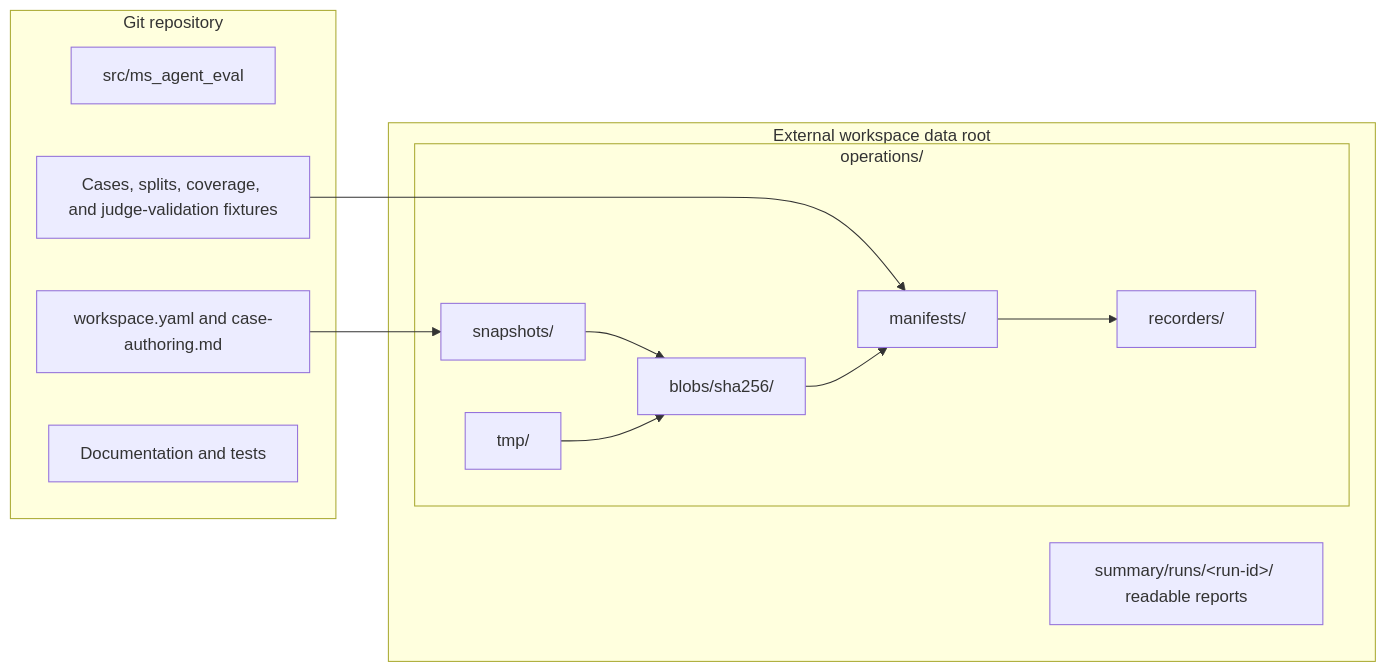
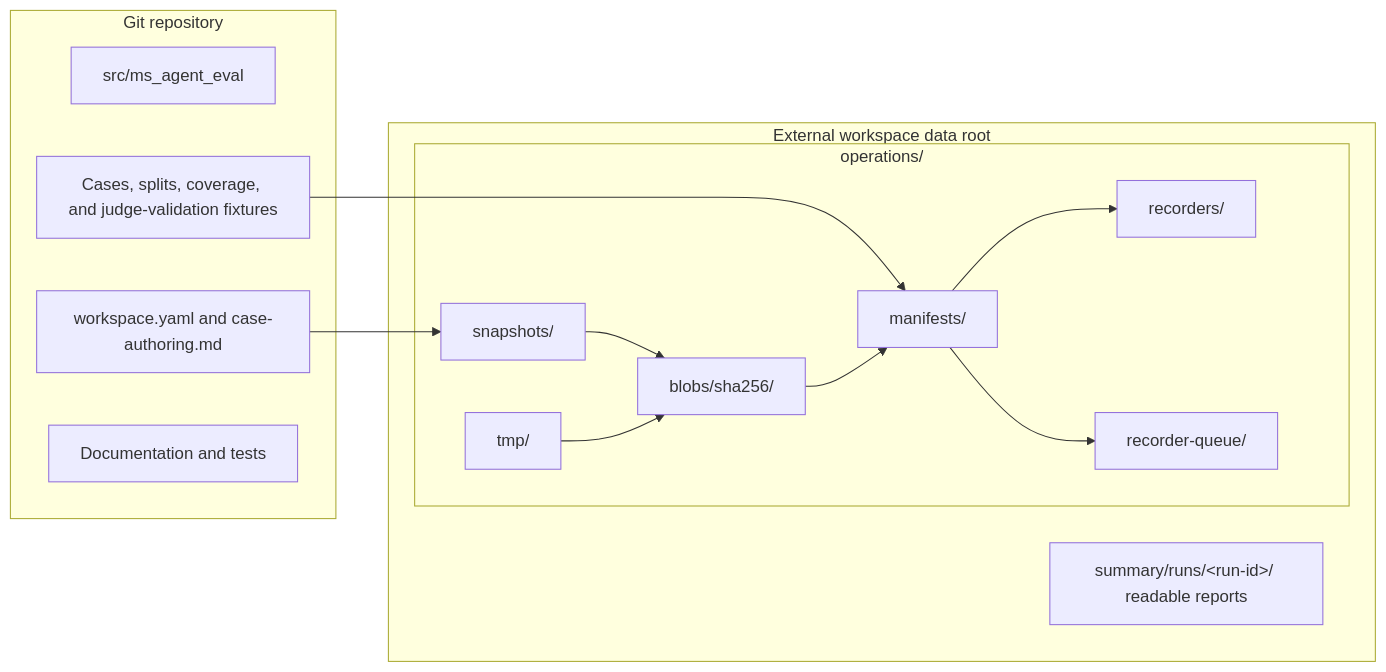
Before and after one commit to mainsequence-sdk/repo-agent-eval: the second of 2 diagrams in docs/architecture/index.md, drawn with Mermaid. The commit also changed other lines of this file and 34 other files, not shown here.

Commit message:
feat: queue recorder projection in independent workers

````diff
--- a/docs/architecture/index.md
+++ b/docs/architecture/index.md
@@ -64,27 +66,29 @@
 ```mermaid
 flowchart LR
     subgraph Repository[Git repository]
         Code[src/ms_agent_eval]
         Definition[workspace.yaml and case-authoring.md]
         Corpus[Cases, splits, coverage, and judge-validation fixtures]
         Docs[Documentation and tests]
     end
 
     subgraph External[External workspace data root]
         subgraph Operations[operations/]
             SnapshotStore[snapshots/]
             BlobStore[blobs/sha256/]
             Manifests[manifests/]
             Recorders[recorders/]
+            RecorderQueue[recorder-queue/]
             Temporary[tmp/]
         end
         Summary[summary/runs/&lt;run-id&gt;/ readable reports]
     end
 
     Definition --> SnapshotStore
     Corpus --> Manifests
     SnapshotStore --> BlobStore
     BlobStore --> Manifests
     Temporary --> BlobStore
     Manifests --> Recorders
+    Manifests --> RecorderQueue
 ```
````
